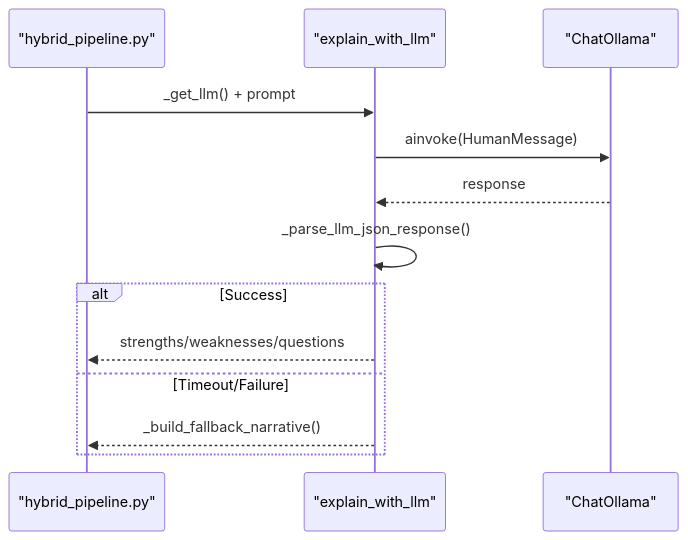
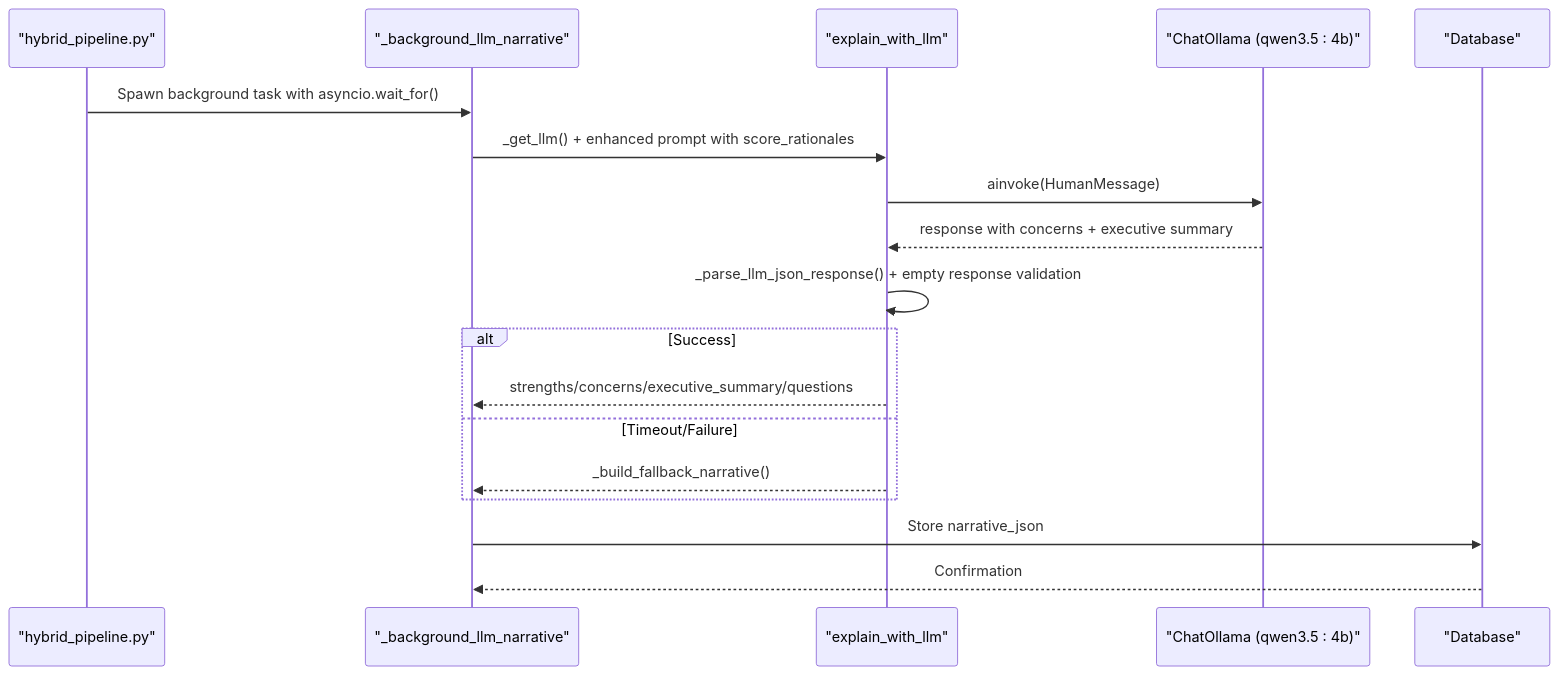
One commit to Revanththetalogics/aireume changed the seventh of 12 diagrams in .qoder/repowiki/en/content/Analysis Engine/Hybrid Pipeline Architecture.md. Above: the diagram before and after it, drawn with Mermaid. The commit also changed other lines of this file and 33 other files, not shown here.

First line of the commit message:
fix: JD templates, LLM queue, comparison page, name extraction, narrative timeout

````diff
--- a/.qoder/repowiki/en/content/Analysis Engine/Hybrid Pipeline Architecture.md
+++ b/.qoder/repowiki/en/content/Analysis Engine/Hybrid Pipeline Architecture.md
@@ -310,15 +373,20 @@
 ```mermaid
 sequenceDiagram
 participant Hybrid as "hybrid_pipeline.py"
+participant BGTask as "_background_llm_narrative"
 participant LLM as "explain_with_llm"
-participant Model as "ChatOllama"
-Hybrid->>LLM : _get_llm() + prompt
+participant Model as "ChatOllama (qwen3.5 : 4b)"
+participant DB as "Database"
+Hybrid->>BGTask : Spawn background task with asyncio.wait_for()
+BGTask->>LLM : _get_llm() + enhanced prompt with score_rationales
 LLM->>Model : ainvoke(HumanMessage)
-Model-->>LLM : response
-LLM->>LLM : _parse_llm_json_response()
+Model-->>LLM : response with concerns + executive summary
+LLM->>LLM : _parse_llm_json_response() + empty response validation
 alt Success
-LLM-->>Hybrid : strengths/weaknesses/questions
+LLM-->>BGTask : strengths/concerns/executive_summary/questions
 else Timeout/Failure
-LLM-->>Hybrid : _build_fallback_narrative()
+LLM-->>BGTask : _build_fallback_narrative()
 end
+BGTask->>DB : Store narrative_json
+DB-->>BGTask : Confirmation
 ```
````
